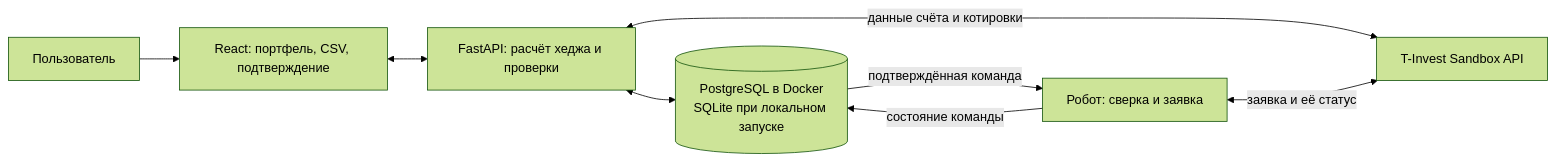
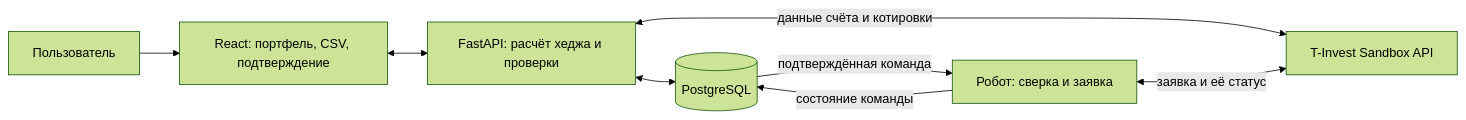
One commit to Plovtsy/----- changed the diagram in README.md. Above: the diagram before and after it, drawn with Mermaid (forest theme). The commit also changed other lines of this file and 13 other files, not shown here.

Commit message:
Use PostgreSQL as the only database

````diff
--- a/README.md
+++ b/README.md
@@ -9,10 +9,10 @@
 ```mermaid
 flowchart LR
     U[Пользователь] --> F[React: портфель, CSV, подтверждение]
     F <--> A[FastAPI: расчёт хеджа и проверки]
-    A <--> D[(PostgreSQL в Docker<br/>SQLite при локальном запуске)]
+    A <--> D[(PostgreSQL)]
     A <-->|данные счёта и котировки| T[T-Invest Sandbox API]
     D -->|подтверждённая команда| R[Робот: сверка и заявка]
     R <-->|заявка и её статус| T
     R -->|состояние команды| D
 ```
````
